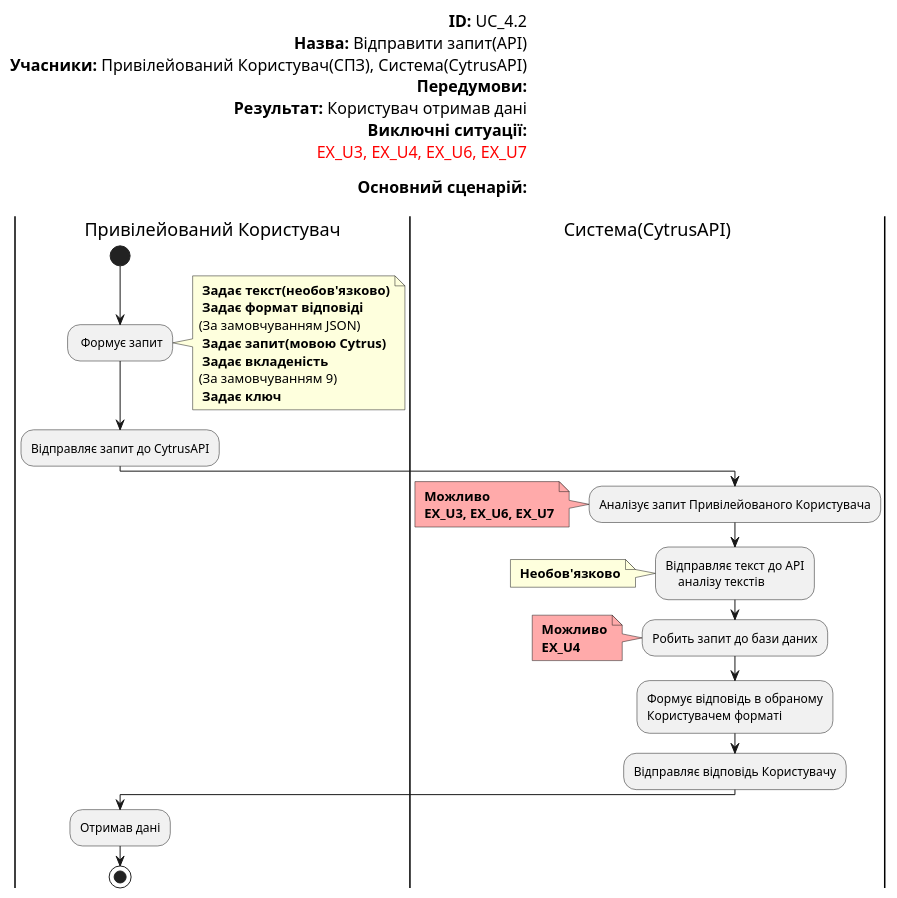
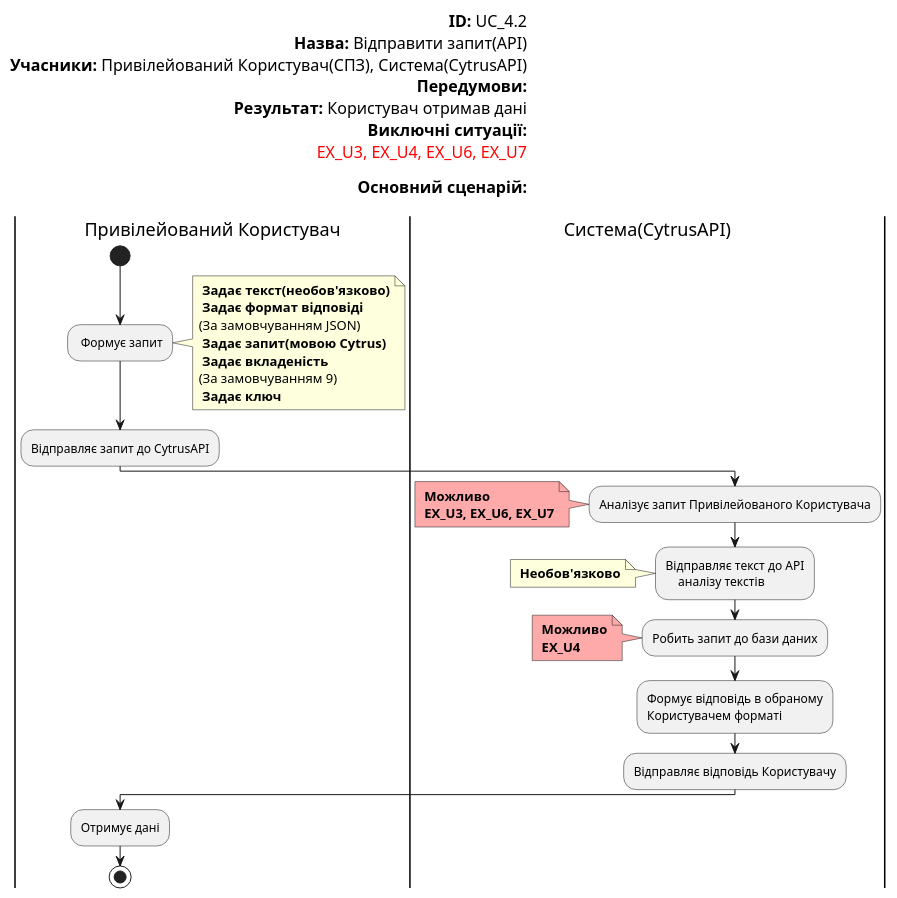
One commit to NeProgramist/Cytrus changed the diagram in doc/uml/UC_4.2.puml. Above: the diagram before and after it, drawn with PlantUML.

Commit message:
minor changing

```diff
--- a/doc/uml/UC_4.2.puml
+++ b/doc/uml/UC_4.2.puml
@@ -1,61 +1,61 @@
 @startuml
 
 left header
 <font color=000 size=16><b>ID:</b> UC_4.2
 <font color=000 size=16><b>Назва:</b> Відправити запит(API)
 <font color=000 size=16><b>Учасники:</b> Привілейований Користувач(СПЗ), Система(CytrusAPI)
 <font color=000 size=16><b>Передумови:</b>
 <font color=000 size=16><b>Результат:</b> Користувач отримав дані
 <font color=000 size=16><b>Виключні ситуації:</b>
 <font color=red size=16>EX_U3, EX_U4, EX_U6, EX_U7
 
 <font color=000 size=16><b>Основний сценарій:</b>
 
 end header
 
 |Привілейований Користувач|
 start
 : Формує запит;
 note right
 <b> Задає текст(необов'язково)
 <b> Задає формат відповіді
 (За замовчуванням JSON)
 <b> Задає запит(мовою Cytrus)
 <b> Задає вкладеність
 (За замовчуванням 9)
 <b> Задає ключ
 end note
 
 :Відправляє запит до CytrusAPI;
 
 |Система(CytrusAPI)|
 :Аналізує запит Привілейованого Користувача;
 note left #ffaaaa
 <b> Можливо
 <b> EX_U3, EX_U6, EX_U7
 end note
 
 :Відправляє текст до API
     аналізу текстів;
 note left
 <b> Необов'язково
 end note
 
 :Робить запит до бази даних;
 note left #ffaaaa
 <b> Можливо
 <b> EX_U4
 end note
 
 :Формує відповідь в обраному
 Користувачем форматі;
 
 :Відправляє відповідь Користувачу;
 
 
 |Привілейований Користувач|
-:Отримав дані;
+:Отримує дані;
 stop;
 
 
 @enduml
```
